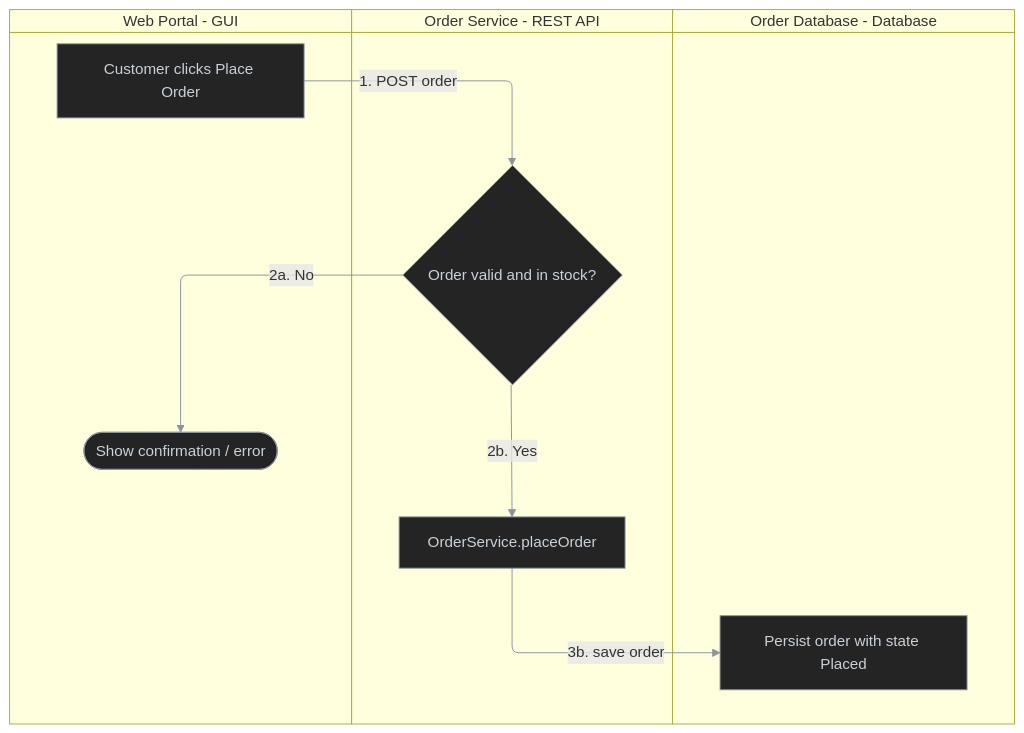
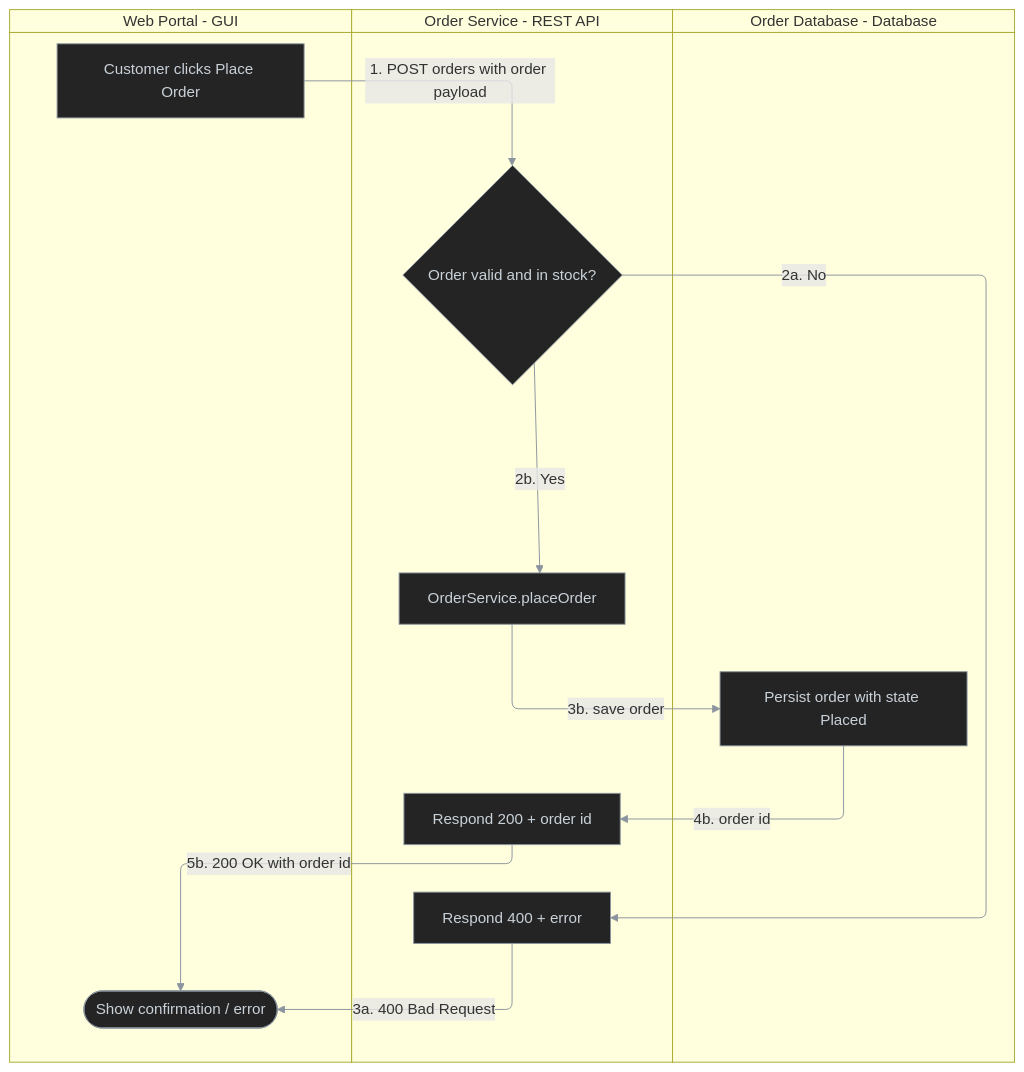
Before and after one commit to antshc/brain: the third of 6 diagrams in plugins/wf/skills/behavior-diagram/README.md, drawn with Mermaid. The commit also changed other lines of this file, not shown here.

Commit message:
Preserve behavior diagram examples

````diff
--- a/plugins/wf/skills/behavior-diagram/README.md
+++ b/plugins/wf/skills/behavior-diagram/README.md
@@ -41,24 +61,29 @@
 ```mermaid
 %%{init: {'themeVariables': {'lineColor': '#8b949e'}}}%%
 swimlane-beta TB
   subgraph frontend [Web Portal - GUI]
     submit[Customer clicks Place Order]
     showResult([Show confirmation / error])
   end
 
   subgraph restApi [Order Service - REST API]
     validate{Order valid and in stock?}
     placeOrder[OrderService.placeOrder]
+    respond200[Respond 200 + order id]
+    respond400[Respond 400 + error]
   end
 
   subgraph database [Order Database - Database]
     persistOrder[Persist order with state Placed]
   end
 
-  submit -->|1. POST order| validate
-  validate -->|2a. No| showResult
+  submit -->|1. POST orders with order payload| validate
+  validate -->|2a. No| respond400
   validate -->|2b. Yes| placeOrder
+  respond400 -->|3a. 400 Bad Request| showResult
   placeOrder -->|3b. save order| persistOrder
+  persistOrder -->|4b. order id| respond200
+  respond200 -->|5b. 200 OK with order id| showResult
 
   classDef default fill:#242424,stroke:#8b949e,color:#c9d1d9,stroke-width:1px
 ```
````
